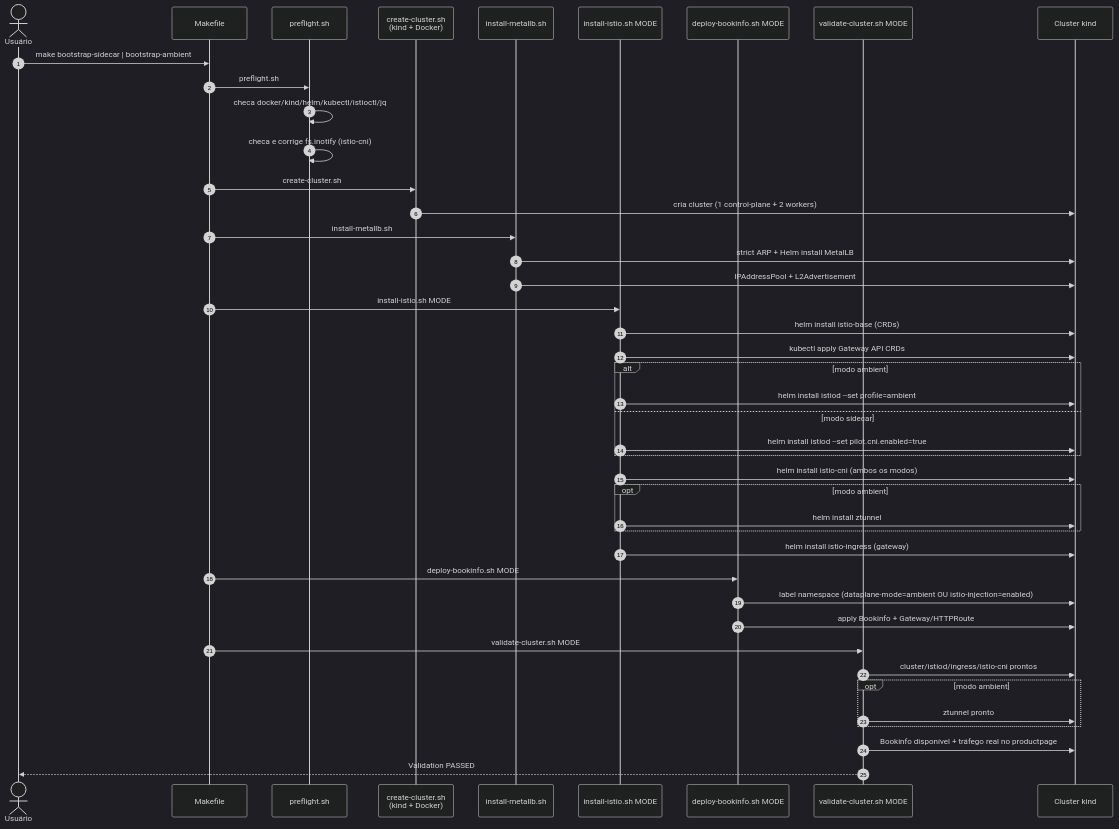
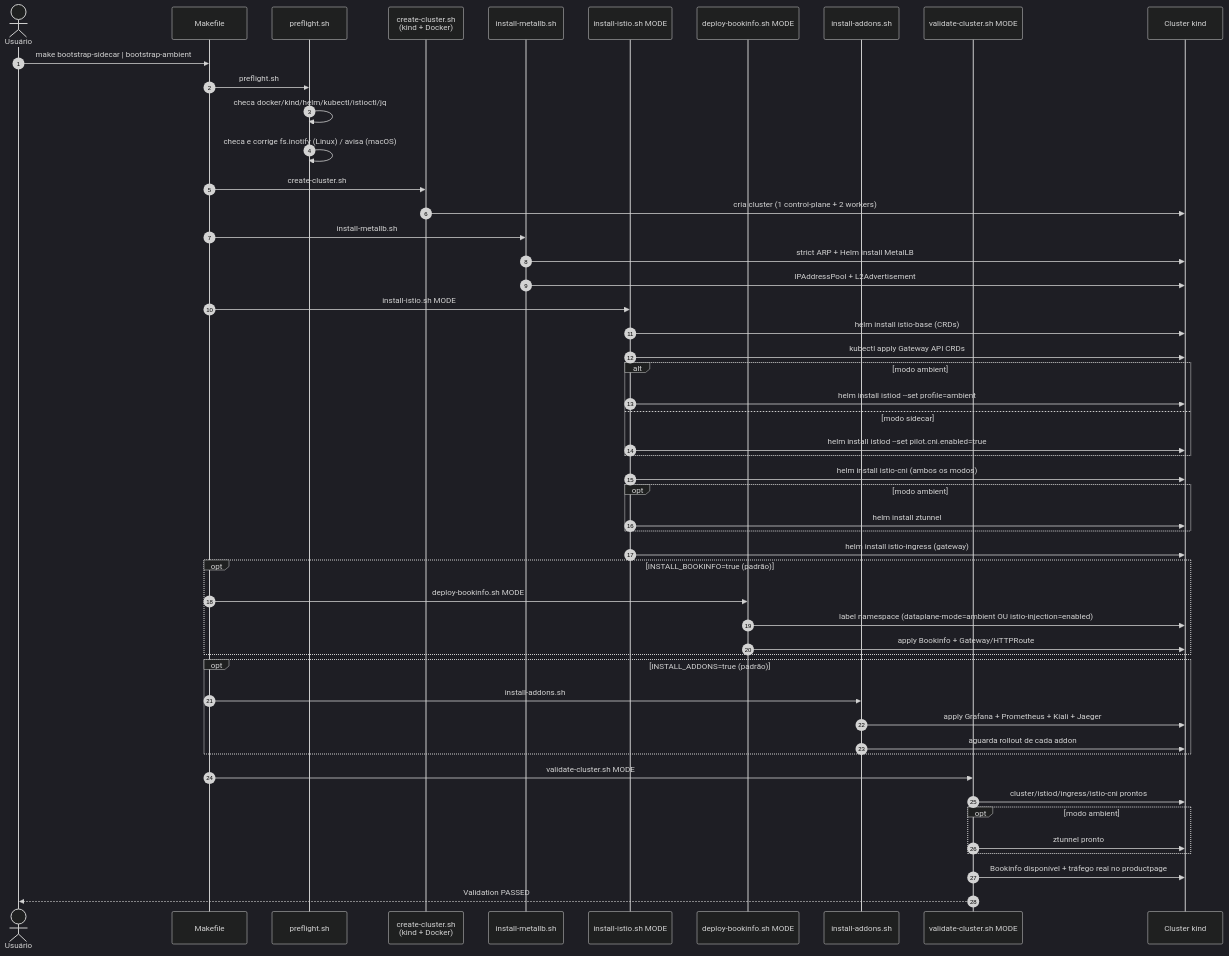
One commit to aeciopires/learning-istio changed the second of 2 diagrams in agents/upgrade/README.md. Above: the diagram before and after it, drawn with Mermaid (dark theme). The commit also changed other lines of this file and 23 other files, not shown here.

Commit message:
Add new CLI istio-upgrade to make easy cluster creation and update the docs 2

````diff
--- a/agents/upgrade/README.md
+++ b/agents/upgrade/README.md
@@ -97,49 +102,58 @@
 ```mermaid
 sequenceDiagram
     autonumber
     actor User as Usuário
     participant Make as Makefile
     participant Pre as preflight.sh
     participant Kind as create-cluster.sh<br/>(kind + Docker)
     participant LB as install-metallb.sh
     participant Ist as install-istio.sh MODE
     participant App as deploy-bookinfo.sh MODE
+    participant Addons as install-addons.sh
     participant Val as validate-cluster.sh MODE
     participant K8s as Cluster kind
 
     User->>Make: make bootstrap-sidecar | bootstrap-ambient
     Make->>Pre: preflight.sh
     Pre->>Pre: checa docker/kind/helm/kubectl/istioctl/jq
-    Pre->>Pre: checa e corrige fs.inotify (istio-cni)
+    Pre->>Pre: checa e corrige fs.inotify (Linux) / avisa (macOS)
     Make->>Kind: create-cluster.sh
     Kind->>K8s: cria cluster (1 control-plane + 2 workers)
     Make->>LB: install-metallb.sh
     LB->>K8s: strict ARP + Helm install MetalLB
     LB->>K8s: IPAddressPool + L2Advertisement
 
     Make->>Ist: install-istio.sh MODE
     Ist->>K8s: helm install istio-base (CRDs)
     Ist->>K8s: kubectl apply Gateway API CRDs
     alt modo ambient
         Ist->>K8s: helm install istiod --set profile=ambient
     else modo sidecar
         Ist->>K8s: helm install istiod --set pilot.cni.enabled=true
     end
     Ist->>K8s: helm install istio-cni (ambos os modos)
     opt modo ambient
         Ist->>K8s: helm install ztunnel
     end
     Ist->>K8s: helm install istio-ingress (gateway)
 
-    Make->>App: deploy-bookinfo.sh MODE
-    App->>K8s: label namespace (dataplane-mode=ambient OU istio-injection=enabled)
-    App->>K8s: apply Bookinfo + Gateway/HTTPRoute
+    opt INSTALL_BOOKINFO=true (padrão)
+        Make->>App: deploy-bookinfo.sh MODE
+        App->>K8s: label namespace (dataplane-mode=ambient OU istio-injection=enabled)
+        App->>K8s: apply Bookinfo + Gateway/HTTPRoute
+    end
+
+    opt INSTALL_ADDONS=true (padrão)
+        Make->>Addons: install-addons.sh
+        Addons->>K8s: apply Grafana + Prometheus + Kiali + Jaeger
+        Addons->>K8s: aguarda rollout de cada addon
+    end
 
     Make->>Val: validate-cluster.sh MODE
     Val->>K8s: cluster/istiod/ingress/istio-cni prontos
     opt modo ambient
         Val->>K8s: ztunnel pronto
     end
     Val->>K8s: Bookinfo disponível + tráfego real no productpage
     Val-->>User: Validation PASSED
 ```
````
